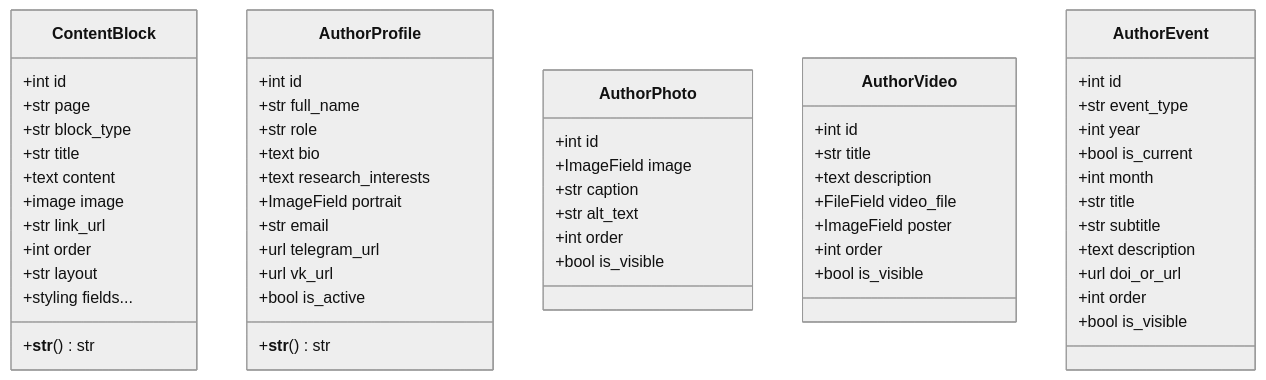
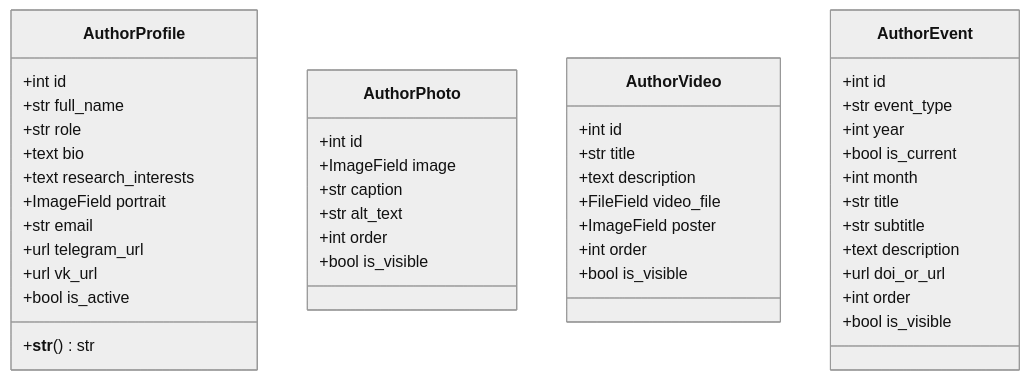
The second of 6 diagrams in docs/database/models.md (Kirill2517nv/SiteAboutMe), drawn with Mermaid (neutral theme) before and after one commit. The commit also changed other lines of this file and 79 other files, not shown here.

````diff
--- a/docs/database/models.md
+++ b/docs/database/models.md
@@ -85,63 +85,49 @@
 ```mermaid
 classDiagram
-    class ContentBlock {
-        +int id
-        +str page
-        +str block_type
-        +str title
-        +text content
-        +image image
-        +str link_url
-        +int order
-        +str layout
-        +styling fields...
-        +__str__() str
-    }
-
     class AuthorProfile {
         +int id
         +str full_name
         +str role
         +text bio
         +text research_interests
         +ImageField portrait
         +str email
         +url telegram_url
         +url vk_url
         +bool is_active
         +__str__() str
     }
 
     class AuthorPhoto {
         +int id
         +ImageField image
         +str caption
         +str alt_text
         +int order
         +bool is_visible
     }
 
     class AuthorVideo {
         +int id
         +str title
         +text description
         +FileField video_file
         +ImageField poster
         +int order
         +bool is_visible
     }
 
     class AuthorEvent {
         +int id
         +str event_type
         +int year
         +bool is_current
         +int month
         +str title
         +str subtitle
         +text description
         +url doi_or_url
         +int order
         +bool is_visible
     }
 ```
````
